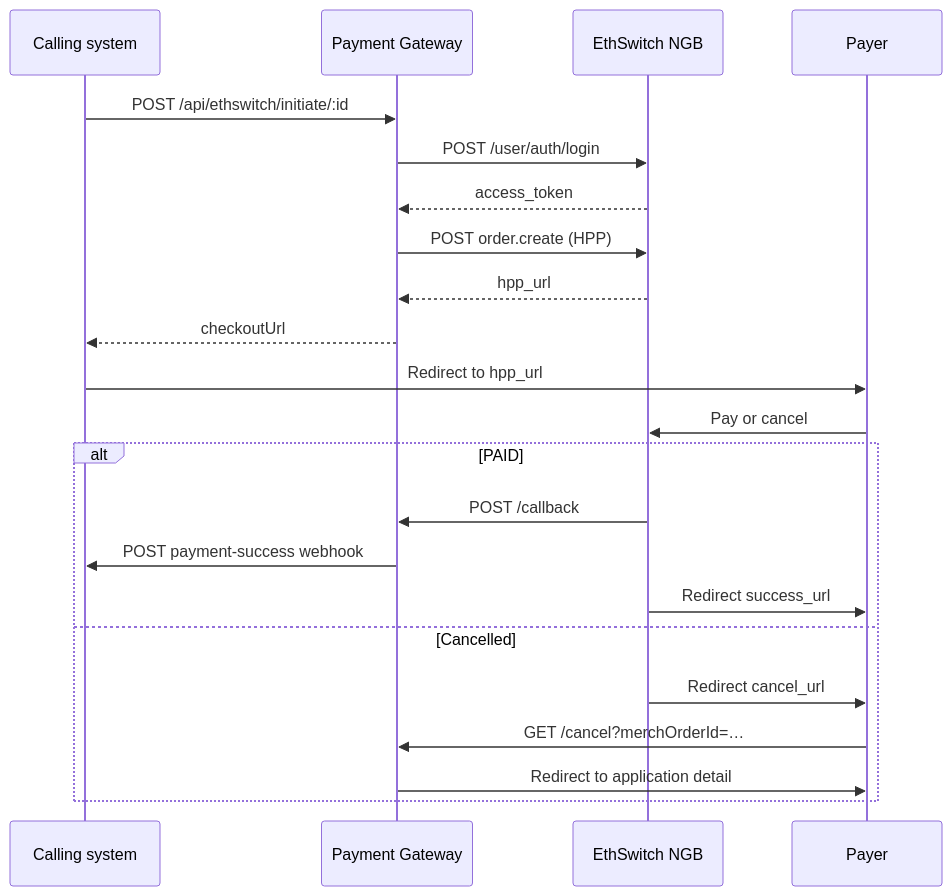
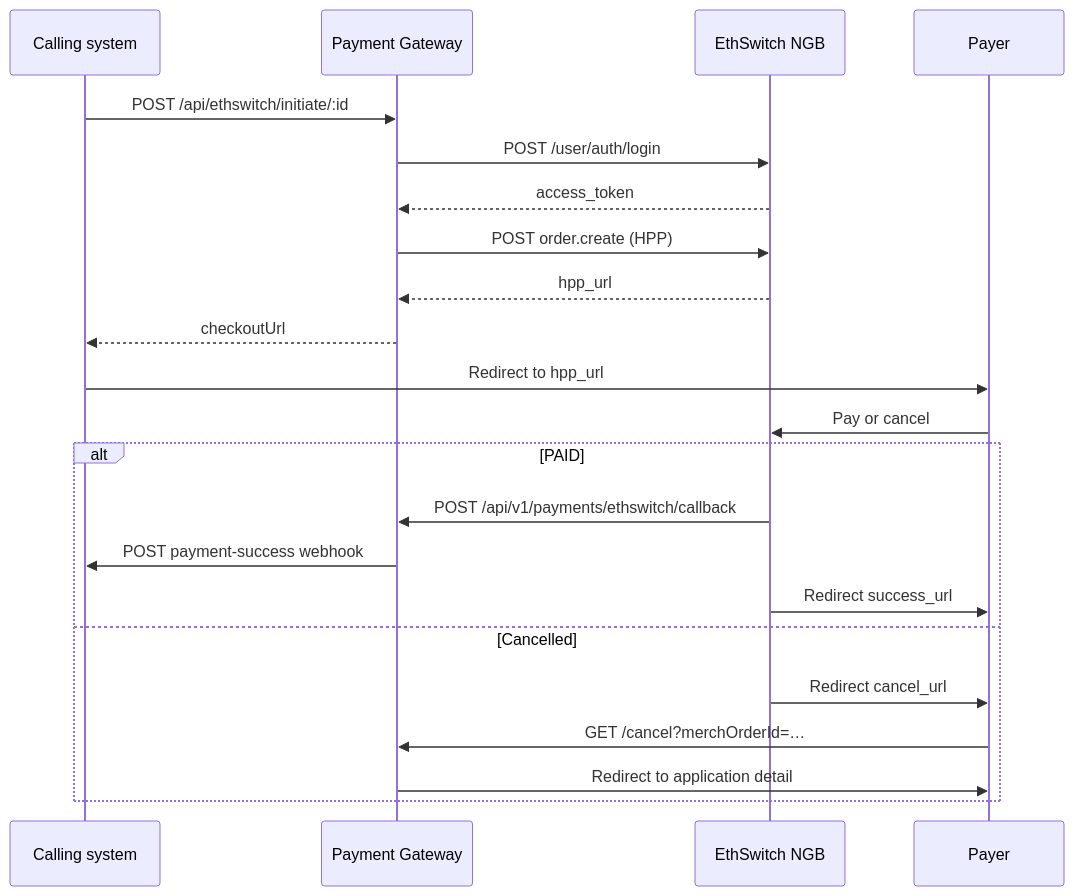
One commit to WorkuMekuriya/payment-gateway changed the diagram in docs/ethswitch.md. Above: the diagram before and after it, drawn with Mermaid. The commit also changed other lines of this file and 32 other files, not shown here.

First line of the commit message:
ETSwitch API Callback For Sandbox

````diff
--- a/docs/ethswitch.md
+++ b/docs/ethswitch.md
@@ -67,25 +67,25 @@
 ```mermaid
 sequenceDiagram
   participant Caller as Calling system
   participant MS as Payment Gateway
   participant NGB as EthSwitch NGB
   participant User as Payer
 
   Caller->>MS: POST /api/ethswitch/initiate/:id
   MS->>NGB: POST /user/auth/login
   NGB-->>MS: access_token
   MS->>NGB: POST order.create (HPP)
   NGB-->>MS: hpp_url
   MS-->>Caller: checkoutUrl
   Caller->>User: Redirect to hpp_url
   User->>NGB: Pay or cancel
   alt PAID
-    NGB->>MS: POST /callback
+    NGB->>MS: POST /api/v1/payments/ethswitch/callback
     MS->>Caller: POST payment-success webhook
     NGB->>User: Redirect success_url
   else Cancelled
     NGB->>User: Redirect cancel_url
     User->>MS: GET /cancel?merchOrderId=…
     MS->>User: Redirect to application detail
   end
 ```
````
